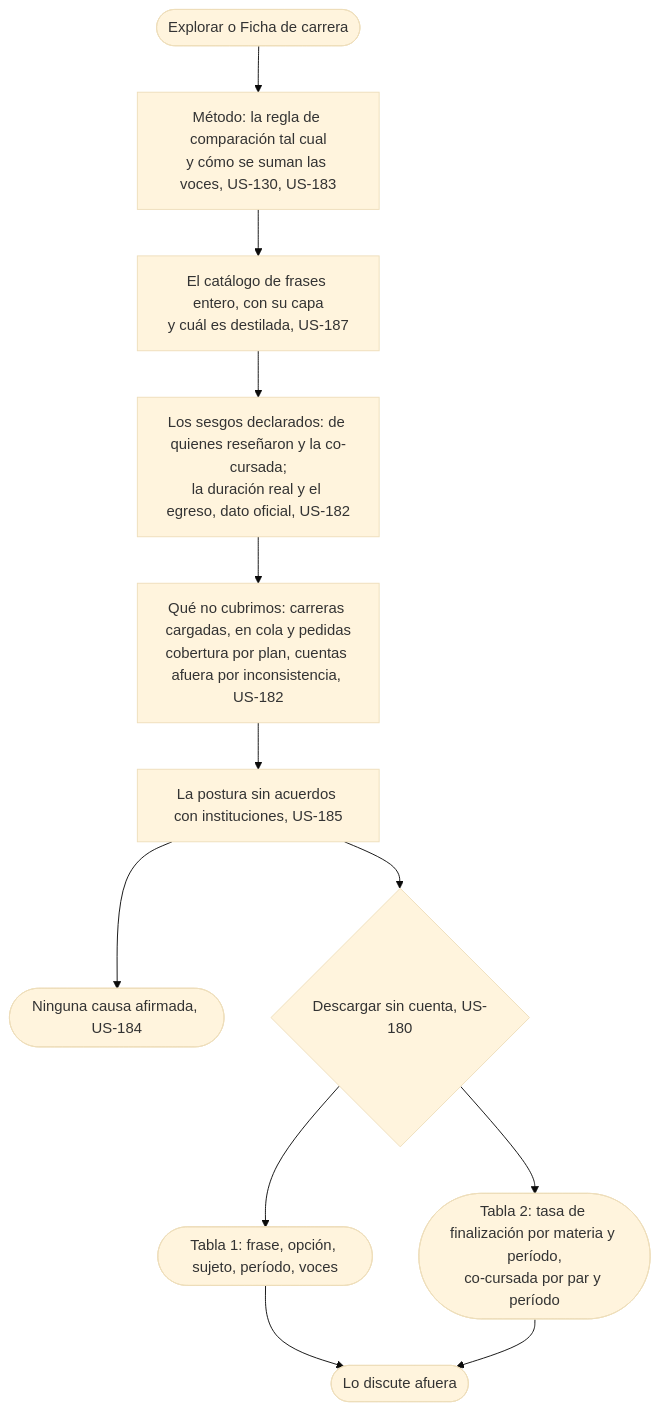
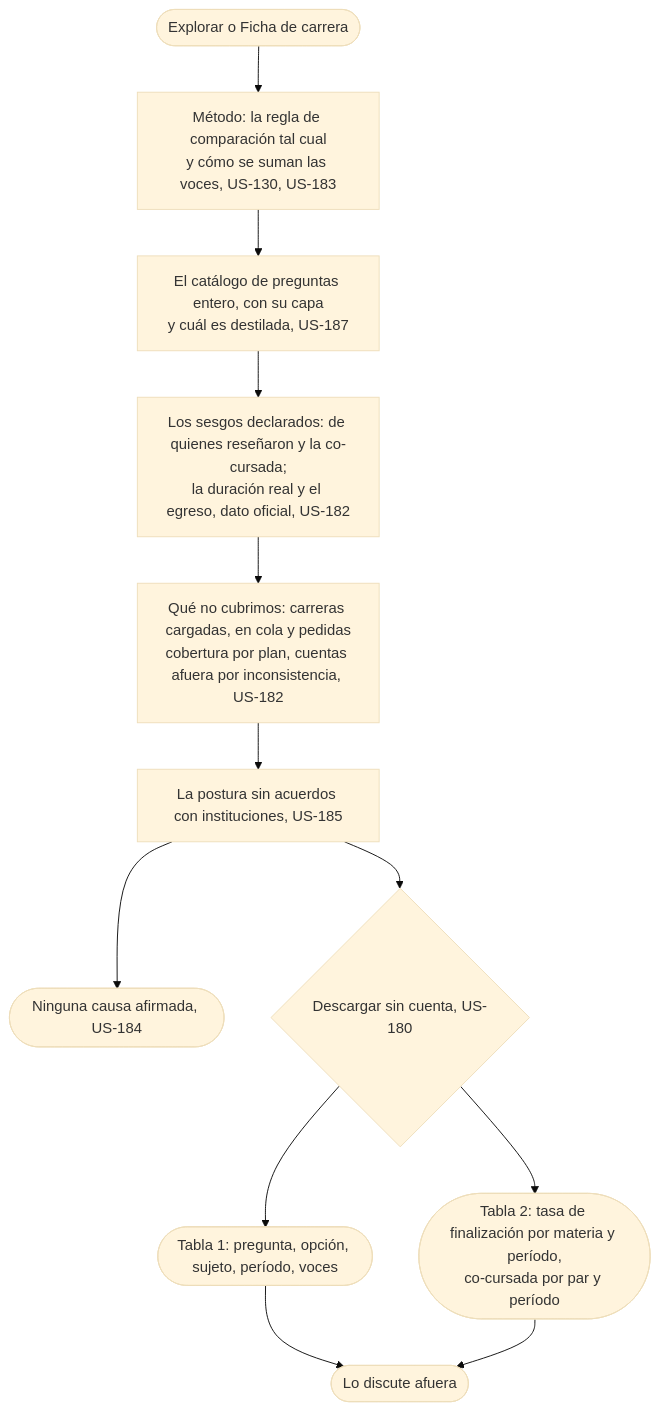
One commit to lucasidev/plan-b changed the diagram in docs/product/student/take-the-data/flow.md. Above: the diagram before and after it, drawn with Mermaid (base theme). The commit also changed 136 other files, not shown here.

````diff
--- a/docs/product/student/take-the-data/flow.md
+++ b/docs/product/student/take-the-data/flow.md
@@ -5,14 +5,14 @@
 ```mermaid
 flowchart TD
   A([Explorar o Ficha de carrera]) --> B[Método: la regla de comparación tal cual<br/>y cómo se suman las voces, US-130, US-183]
-  B --> C[El catálogo de frases entero, con su capa<br/>y cuál es destilada, US-187]
+  B --> C[El catálogo de preguntas entero, con su capa<br/>y cuál es destilada, US-187]
   C --> D[Los sesgos declarados: de quienes reseñaron y la co-cursada;<br/>la duración real y el egreso, dato oficial, US-182]
   D --> E[Qué no cubrimos: carreras cargadas, en cola y pedidas<br/>cobertura por plan, cuentas afuera por inconsistencia, US-182]
   E --> G[La postura sin acuerdos con instituciones, US-185]
   G --> M([Ninguna causa afirmada, US-184])
   G --> H{Descargar sin cuenta, US-180}
-  H --> I([Tabla 1: frase, opción, sujeto, período, voces])
+  H --> I([Tabla 1: pregunta, opción, sujeto, período, voces])
   H --> J([Tabla 2: tasa de finalización por materia y período,<br/>co-cursada por par y período])
   I --> K([Lo discute afuera])
   J --> K
 ```
````
